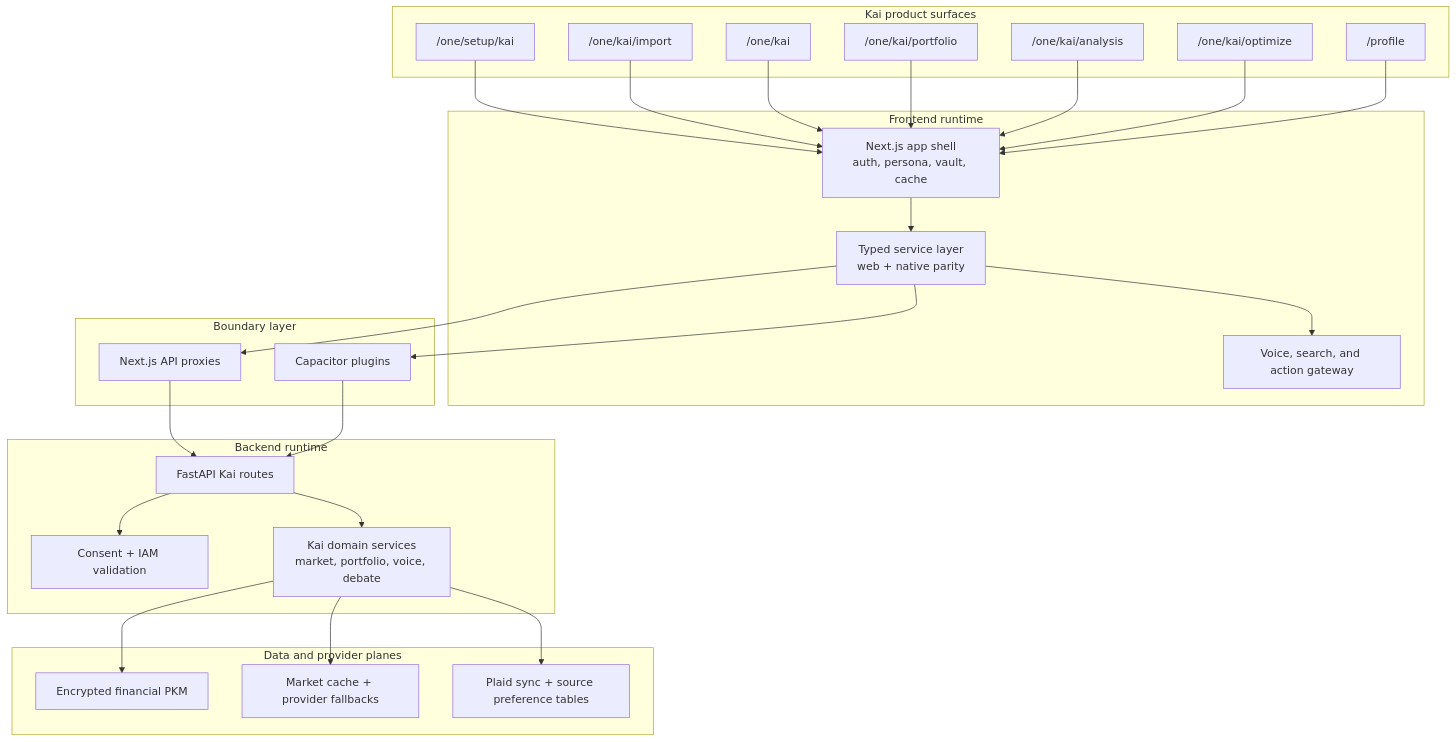
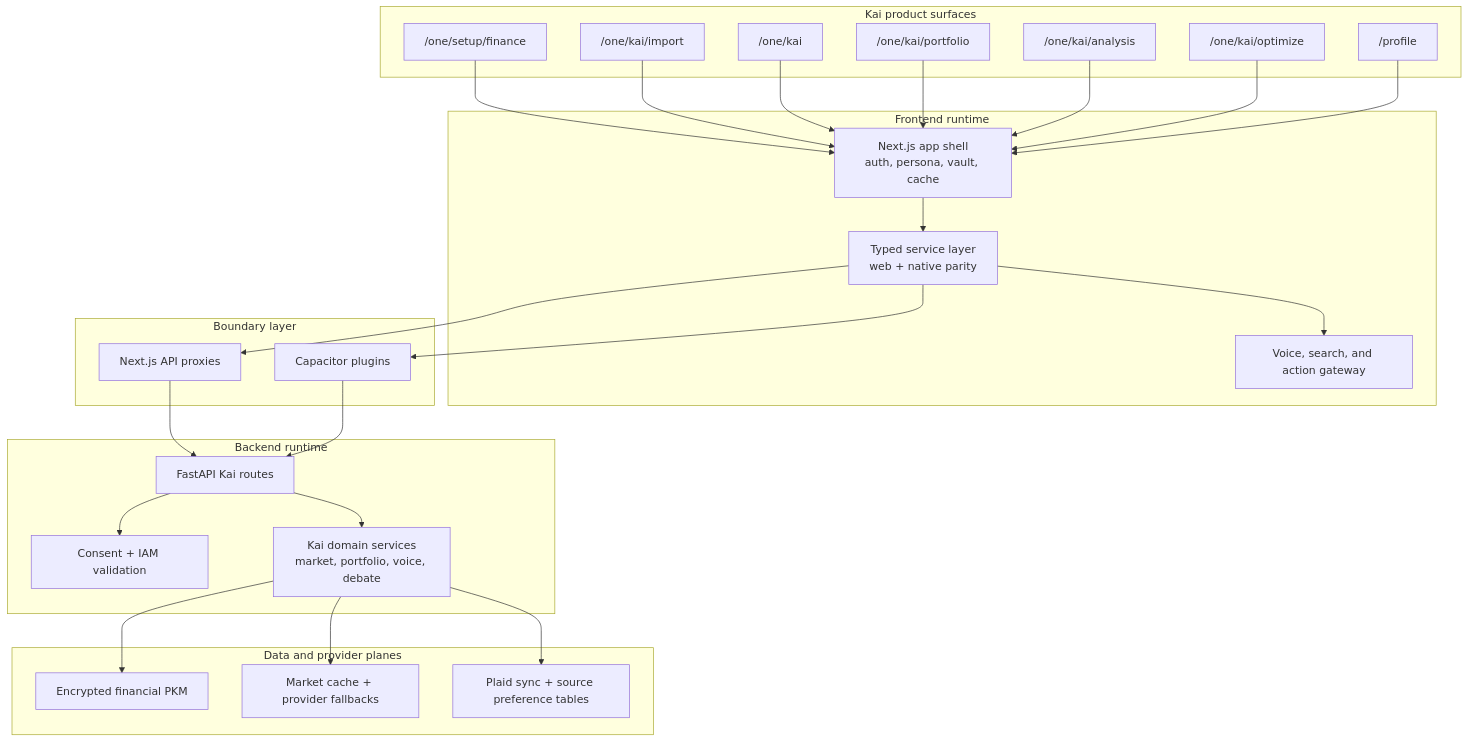
One commit to hushh-labs/hushh-research changed the diagram in docs/reference/kai/kai-architecture-specification-v1.md. Above: the diagram before and after it, drawn with Mermaid. The commit also changed other lines of this file and 111 other files, not shown here.

Commit message:
feat(onboarding): scope capabilities to static setup routes

````diff
--- a/docs/reference/kai/kai-architecture-specification-v1.md
+++ b/docs/reference/kai/kai-architecture-specification-v1.md
@@ -7,53 +7,53 @@
 ```mermaid
 flowchart TB
   subgraph surfaces["Kai product surfaces"]
-    onboarding["/one/setup/kai"]
+    onboarding["/one/setup/finance"]
     import["/one/kai/import"]
     home["/one/kai"]
     portfolio["/one/kai/portfolio"]
     analysis["/one/kai/analysis"]
     optimize["/one/kai/optimize"]
     profile["/profile"]
   end
 
   subgraph frontend["Frontend runtime"]
     shell["Next.js app shell<br/>auth, persona, vault, cache"]
     services["Typed service layer<br/>web + native parity"]
     action["Voice, search, and action gateway"]
   end
 
   subgraph boundary["Boundary layer"]
     next["Next.js API proxies"]
     native["Capacitor plugins"]
   end
 
   subgraph backend["Backend runtime"]
     routes["FastAPI Kai routes"]
     policy["Consent + IAM validation"]
     domain["Kai domain services<br/>market, portfolio, voice, debate"]
   end
 
   subgraph data["Data and provider planes"]
     pkm["Encrypted financial PKM"]
     cache["Market cache + provider fallbacks"]
     plaid["Plaid sync + source preference tables"]
   end
 
   onboarding --> shell
   import --> shell
   home --> shell
   portfolio --> shell
   analysis --> shell
   optimize --> shell
   profile --> shell
   shell --> services --> action
   services --> next
   services --> native
   next --> routes
   native --> routes
   routes --> policy
   routes --> domain
   domain --> pkm
   domain --> cache
   domain --> plaid
 ```
````
